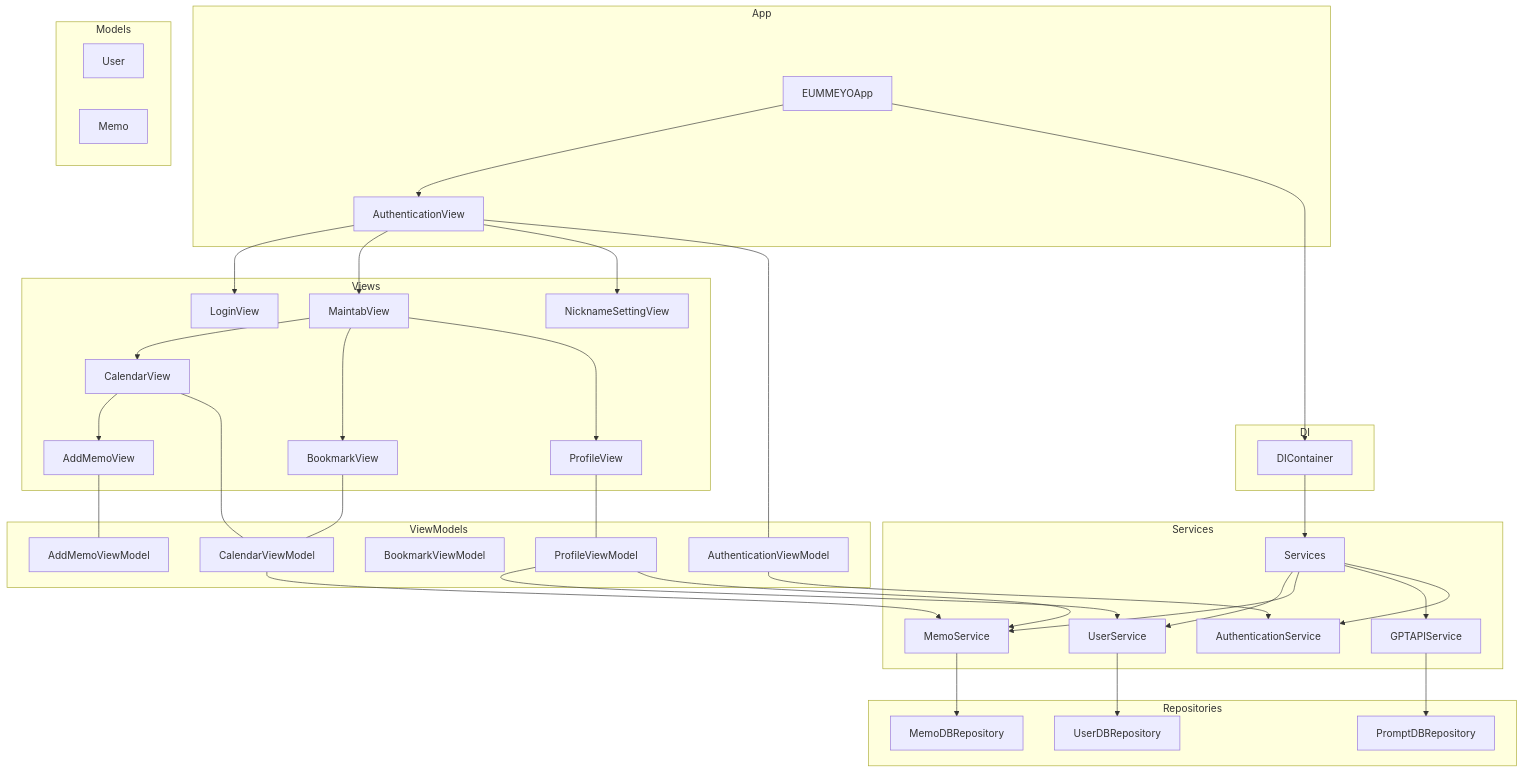
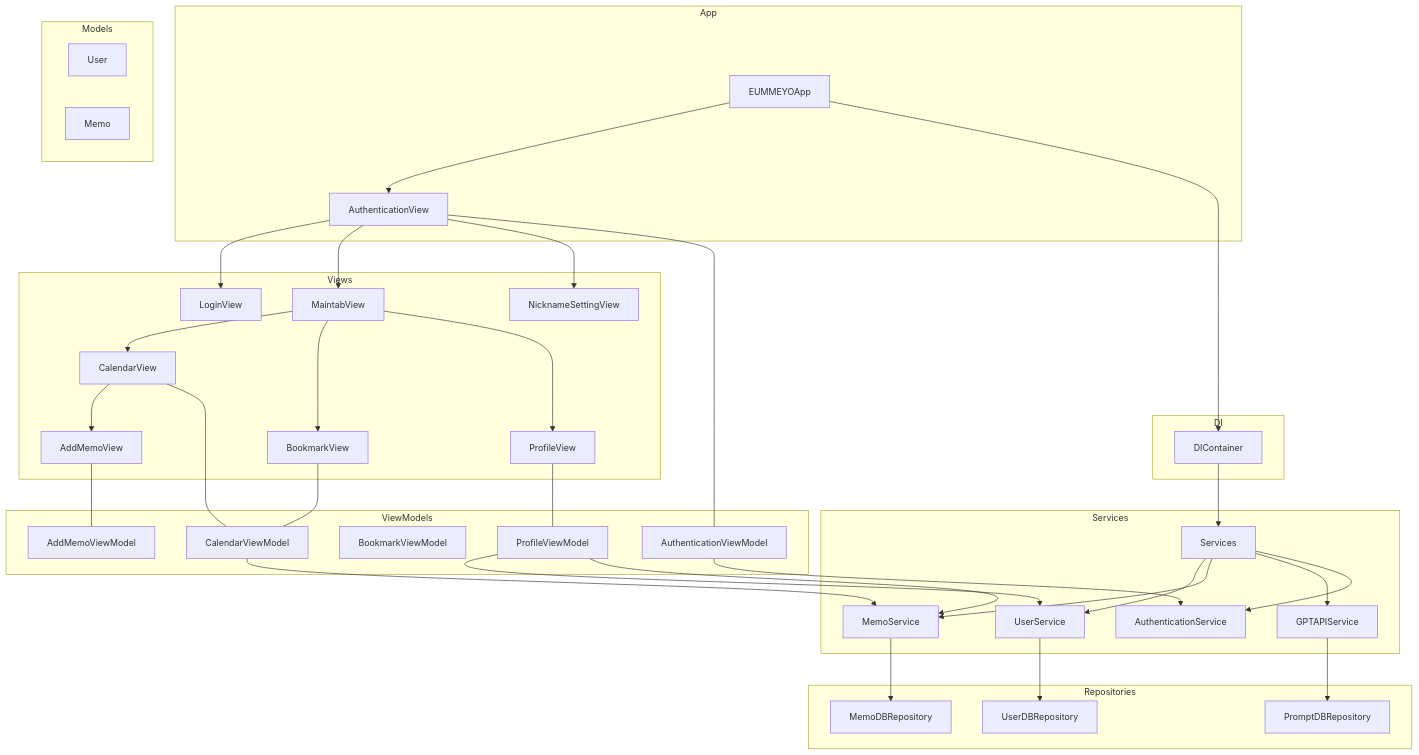
Before and after one commit to team-RETI/EUMMEYO: the diagram in README.md, drawn with Mermaid.

Commit message:
docs: readme 업데이트

````diff
--- a/README.md
+++ b/README.md
@@ -55,70 +55,72 @@
 ```mermaid
+%%{init: {'themeVariables': { 'fontSize': '14px', 'lineHeight': '16px'}}}%%
 graph TD
     subgraph App
         A[EUMMEYOApp] --> B[AuthenticationView]
     end
 
     subgraph Views
         B --> C[LoginView]
         B --> D[MaintabView]
         B --> E[NicknameSettingView]
         
         D --> F[CalendarView]
         D --> G[BookmarkView]
         D --> H[ProfileView]
         
         F --> I[AddMemoView]
     end
 
     subgraph ViewModels
         J[AuthenticationViewModel]
         K[CalendarViewModel]
         L[BookmarkViewModel]
         M[ProfileViewModel]
         N[AddMemoViewModel]
         
         B --- J
         F --- K
         G --- K
         H --- M
         I --- N
     end
 
     subgraph Services
         O[Services]
         P[UserService]
         Q[MemoService]
         R[GPTAPIService]
         S[AuthenticationService]
         
         O --> P
         O --> Q
         O --> R
         O --> S
     end
 
     subgraph Repositories
         T[UserDBRepository]
         U[MemoDBRepository]
         V[PromptDBRepository]
         
         P --> T
         Q --> U
         R --> V
     end
 
     subgraph DI
         W[DIContainer] --> O
     end
 
     subgraph Models
         X[User]
         Y[Memo]
     end
 
     A --> W
     J --> S
     K --> Q
     M --> P
     M --> Q
+
 ```
````
